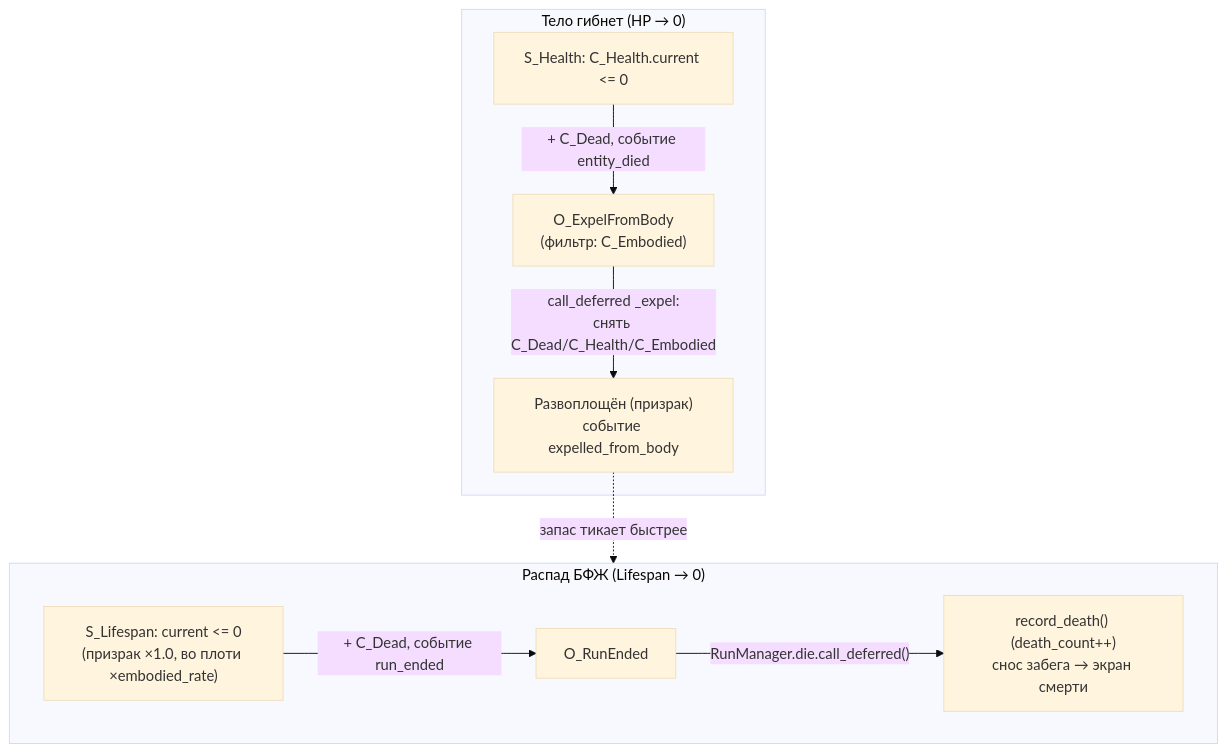
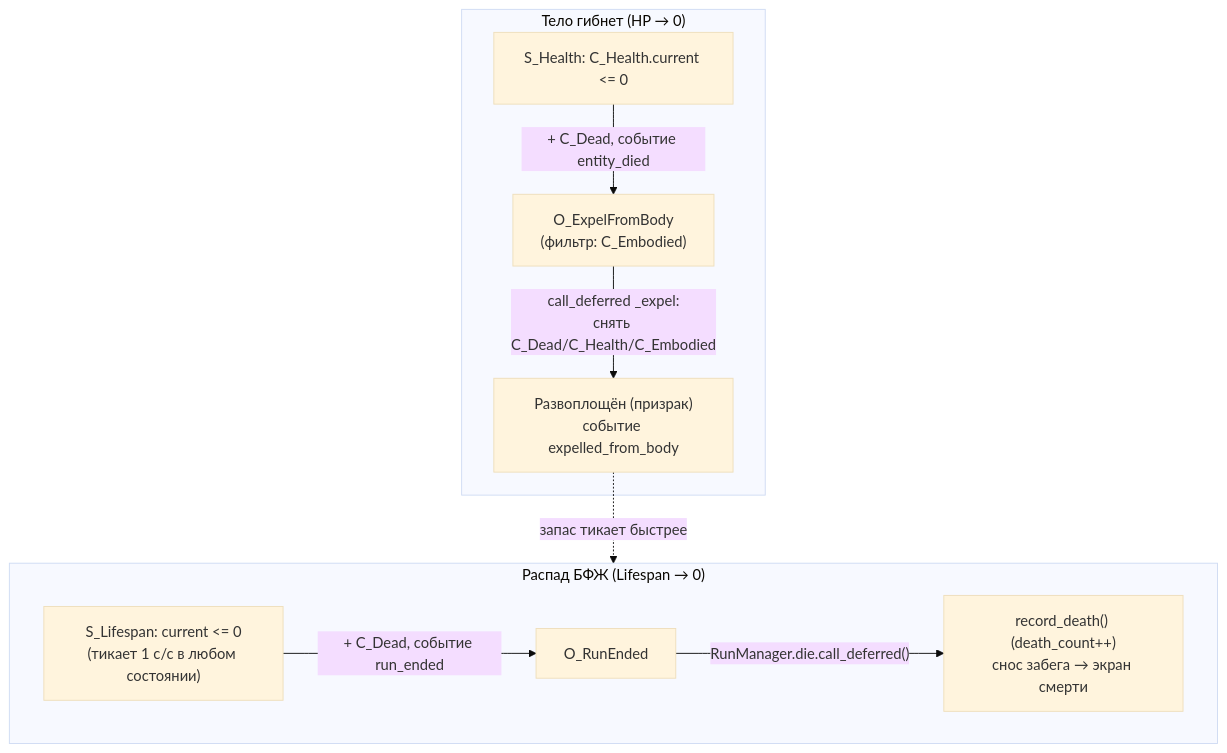
One commit to Manshooo/astral-genesis changed the second of 2 diagrams in docs/astral-genesis/how-to/Захват тела.md. Above: the diagram before and after it, drawn with Mermaid (base theme). The commit also changed other lines of this file and 17 other files, not shown here.

````diff
--- a/docs/astral-genesis/how-to/Захват тела.md
+++ b/docs/astral-genesis/how-to/Захват тела.md
@@ -104,14 +116,14 @@
 ```mermaid
 flowchart TD
     subgraph body["Тело гибнет (HP → 0)"]
         h["S_Health: C_Health.current <= 0"] -->|"+ C_Dead, событие entity_died"| oe["O_ExpelFromBody<br/>(фильтр: C_Embodied)"]
         oe -->|"call_deferred _expel:<br/>снять C_Dead/C_Health/C_Embodied"| ghost["Развоплощён (призрак)<br/>событие expelled_from_body"]
     end
 
     subgraph decay["Распад БФЖ (Lifespan → 0)"]
-        sl["S_Lifespan: current <= 0<br/>(призрак ×1.0, во плоти ×embodied_rate)"] -->|"+ C_Dead, событие run_ended"| ore["O_RunEnded"]
+        sl["S_Lifespan: current <= 0<br/>(тикает 1 с/с в любом состоянии)"] -->|"+ C_Dead, событие run_ended"| ore["O_RunEnded"]
         ore -->|"RunManager.die.call_deferred()"| die["record_death() (death_count++)<br/>снос забега → экран смерти"]
     end
 
     ghost -.->|"запас тикает быстрее"| decay
 ```
````
